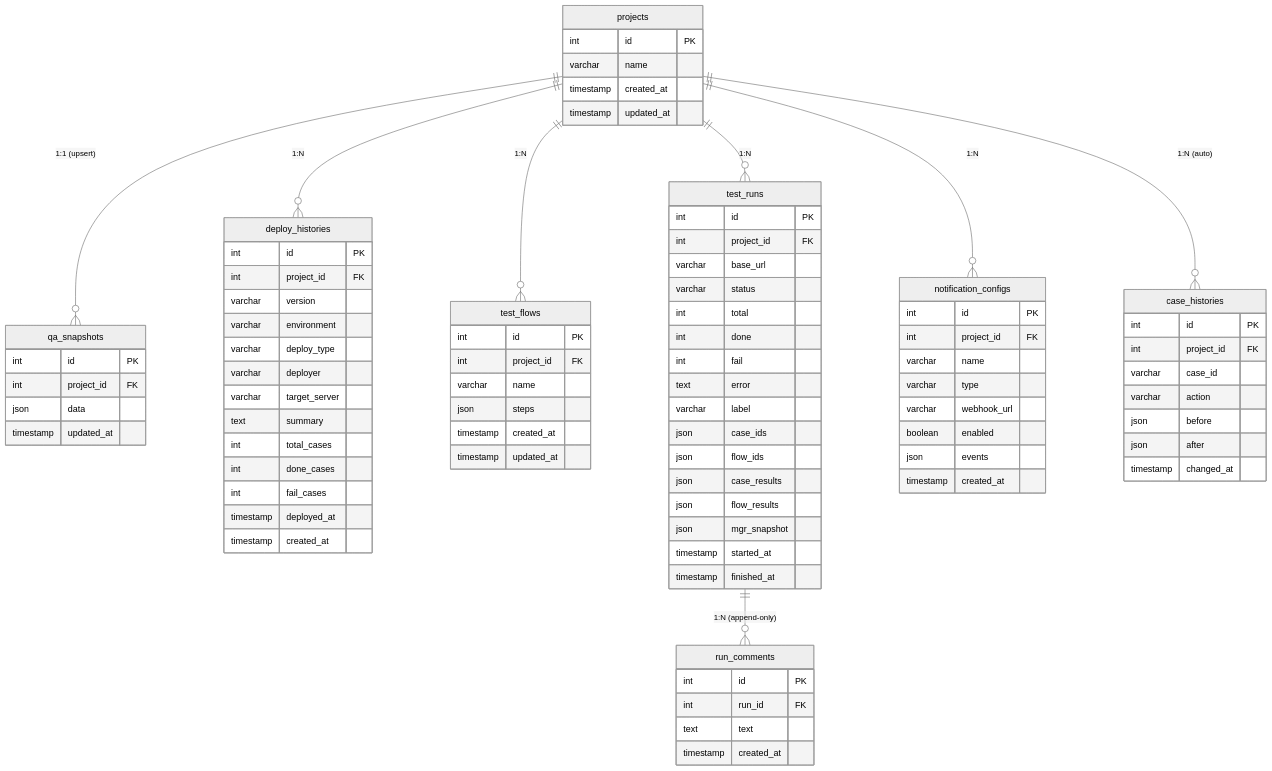
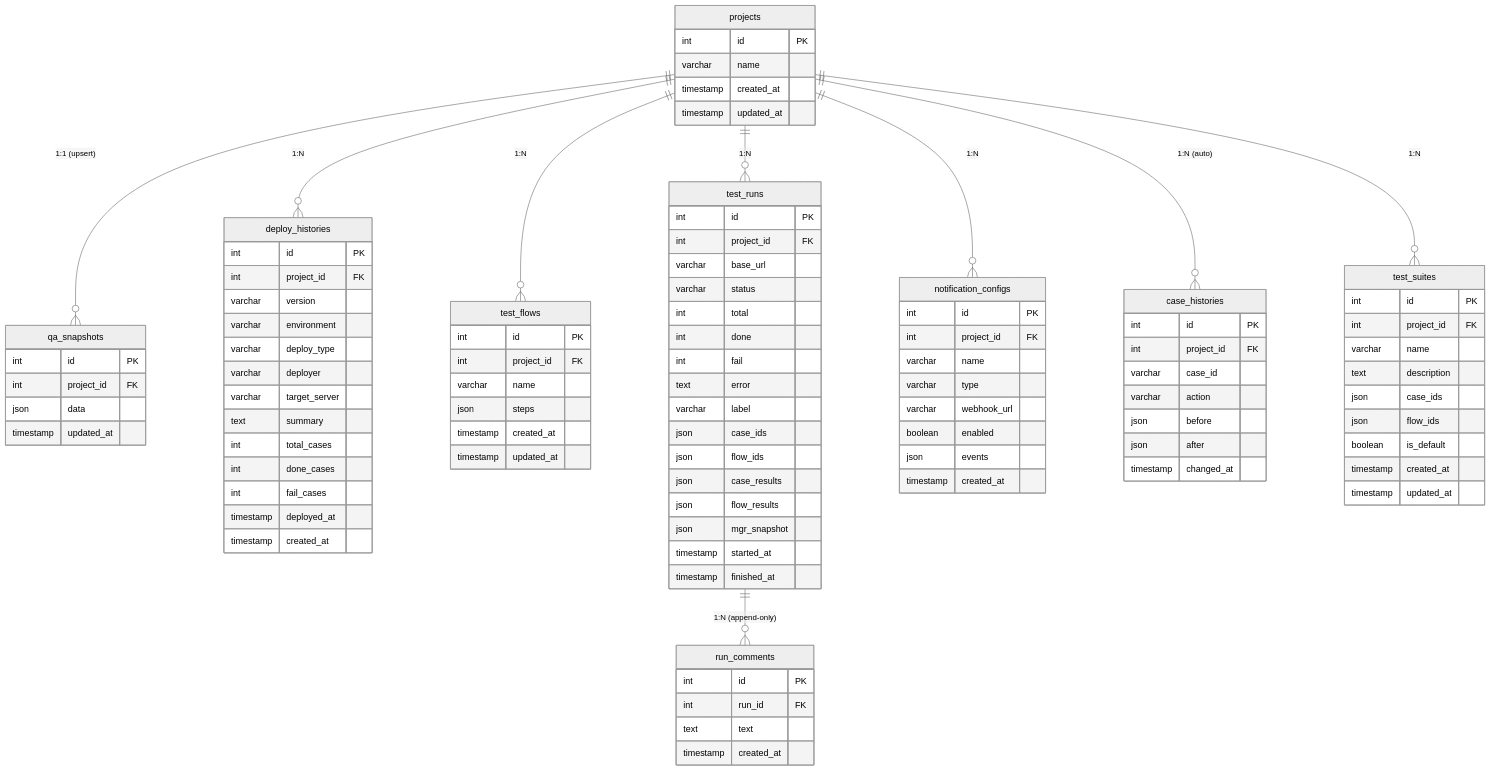
One commit to KIMjongYoun1/QASingle changed the diagram in docs/ERD.md. Above: the diagram before and after it, drawn with Mermaid (neutral theme). The commit also changed other lines of this file and 15 other files, not shown here.

````diff
--- a/docs/ERD.md
+++ b/docs/ERD.md
@@ -88,11 +88,24 @@
         timestamp changed_at
     }
 
+    test_suites {
+        int id PK
+        int project_id FK
+        varchar name
+        text description
+        json case_ids
+        json flow_ids
+        boolean is_default
+        timestamp created_at
+        timestamp updated_at
+    }
+
     projects ||--o{ qa_snapshots         : "1:1 (upsert)"
     projects ||--o{ deploy_histories     : "1:N"
     projects ||--o{ test_flows           : "1:N"
     projects ||--o{ test_runs            : "1:N"
     projects ||--o{ notification_configs : "1:N"
     projects ||--o{ case_histories       : "1:N (auto)"
+    projects ||--o{ test_suites          : "1:N"
     test_runs ||--o{ run_comments        : "1:N (append-only)"
 ```
````
